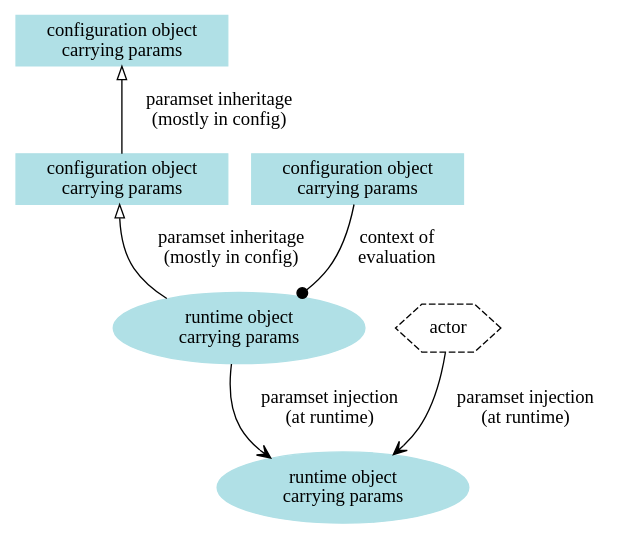
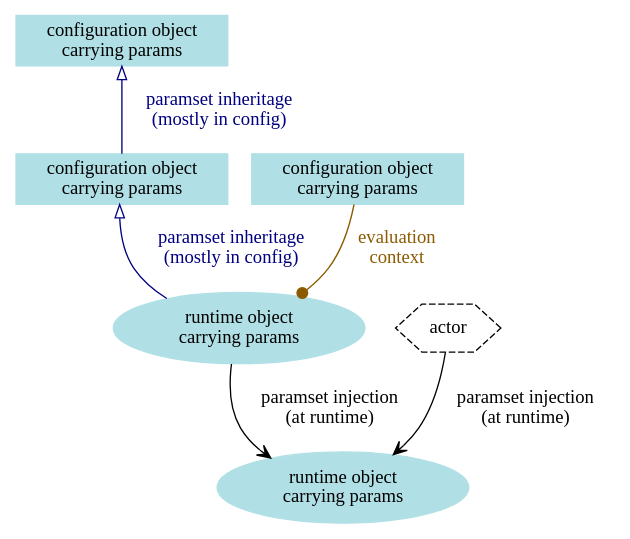
The diagram in doc/paramset_hierarchy_caption.dot (g76r/qron), drawn with Graphviz before and after one commit. The commit also changed 26 other files, not shown here.

First line of the commit message:
enhancement and bug fixes all over paramset inheritage/context mechanism

```diff
--- a/doc/paramset_hierarchy_caption.dot
+++ b/doc/paramset_hierarchy_caption.dot
@@ -1,31 +1,31 @@
 graph g {
 
 // configuration objects carrying params
 node [shape=box,style=filled,color=powderblue,label="configuration object\ncarrying params"]
 co1
 co2
 co3
 
 // runtime objects carrying params
 node [shape=ellipse,label="runtime object\ncarrying params"]
 ru1
 ru2
 
 // actors
 node [shape=hexagon,style=dashed,color="",label="actor"]
 a1
 
 // ParamSet inheritage (mostly in configuration)
-edge [dir=back,arrowtail=onormal,label="paramset inheritage\n(mostly in config)"]
+edge [dir=back,arrowtail=onormal,label="paramset inheritage\n(mostly in config)",color=navy,fontcolor=navy]
 co1 -- co2 -- ru1
 
 // parameter injection at runtime
-edge [dir=forward,arrowhead=vee,label="paramset injection\n(at runtime)"]
+edge [dir=forward,arrowhead=vee,label="paramset injection\n(at runtime)",color=black,fontcolor=black]
 a1 -- ru2
 ru1 -- ru2
 
 // context for parameters evaluation
-edge [dir=forward,arrowhead=dot,label="context of\nevaluation"]
+edge [dir=forward,arrowhead=dot,label="evaluation\ncontext",color=orange4,fontcolor=orange4]
 co3 -- ru1
 
 }
```
